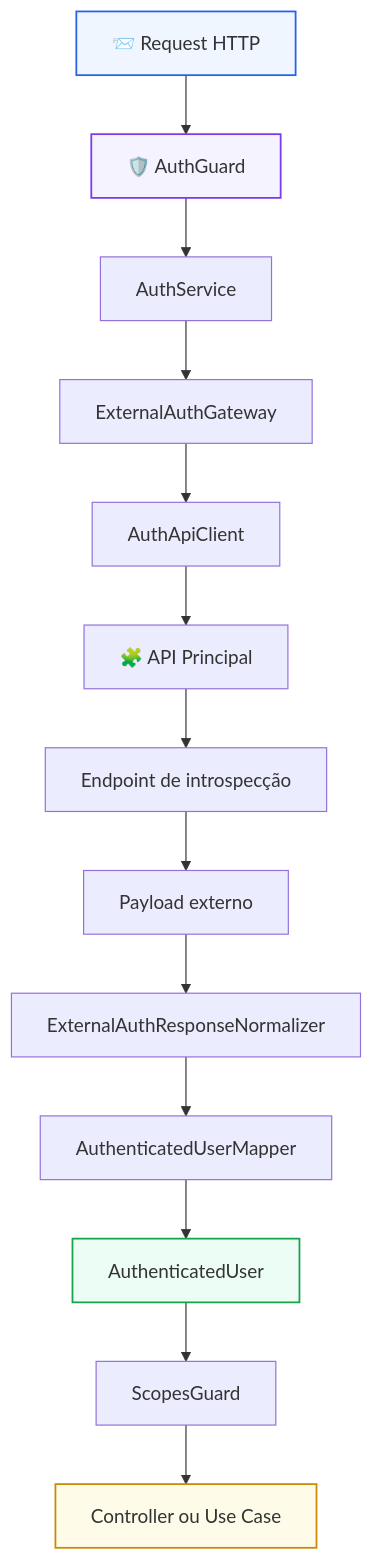
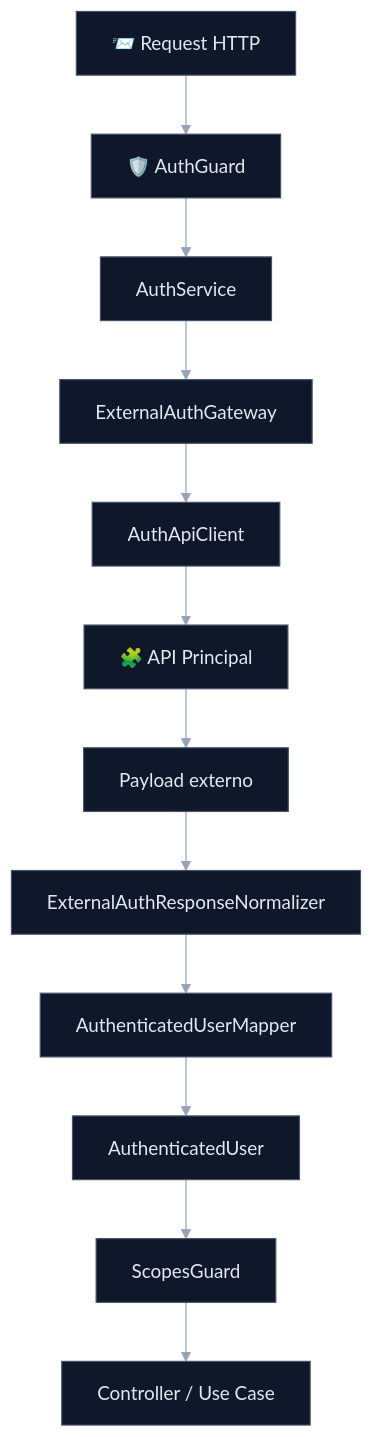
The seventh of 8 diagrams in RFC-0001-Auth.md (matheusdiamantino-betalent/IA), drawn with Mermaid before and after one commit. The commit also changed other lines of this file, not shown here.

````diff
--- a/RFC-0001-Auth.md
+++ b/RFC-0001-Auth.md
@@ -860,20 +592,17 @@
 ```mermaid
+%%{init: {'theme':'base','themeVariables': {
+  'primaryColor':'#0f172a','primaryTextColor':'#e2e8f0','primaryBorderColor':'#475569','lineColor':'#94a3b8','secondaryColor':'#111827','tertiaryColor':'#1e293b','background':'#020617','mainBkg':'#0f172a','secondBkg':'#111827','tertiaryBkg':'#1e293b','clusterBkg':'#0b1220','clusterBorder':'#334155','edgeLabelBackground':'#0f172a','fontFamily':'Inter, Segoe UI, Arial'
+}}}%%
 flowchart TD
     A[📨 Request HTTP] --> B[🛡️ AuthGuard]
     B --> C[AuthService]
     C --> D[ExternalAuthGateway]
     D --> E[AuthApiClient]
     E --> F[🧩 API Principal]
-    F --> F1[Endpoint de introspecção]
-    F1 --> G[Payload externo]
+    F --> G[Payload externo]
     G --> H[ExternalAuthResponseNormalizer]
     H --> I[AuthenticatedUserMapper]
     I --> J[AuthenticatedUser]
     J --> K[ScopesGuard]
-    K --> L[Controller ou Use Case]
-
-    style A fill:#eff6ff,stroke:#2563eb,stroke-width:1.5px
-    style B fill:#f5f3ff,stroke:#7c3aed,stroke-width:1.5px
-    style J fill:#ecfdf5,stroke:#16a34a,stroke-width:1.5px
-    style L fill:#fefce8,stroke:#ca8a04,stroke-width:1.5px
+    K --> L[Controller / Use Case]
 ```
````
